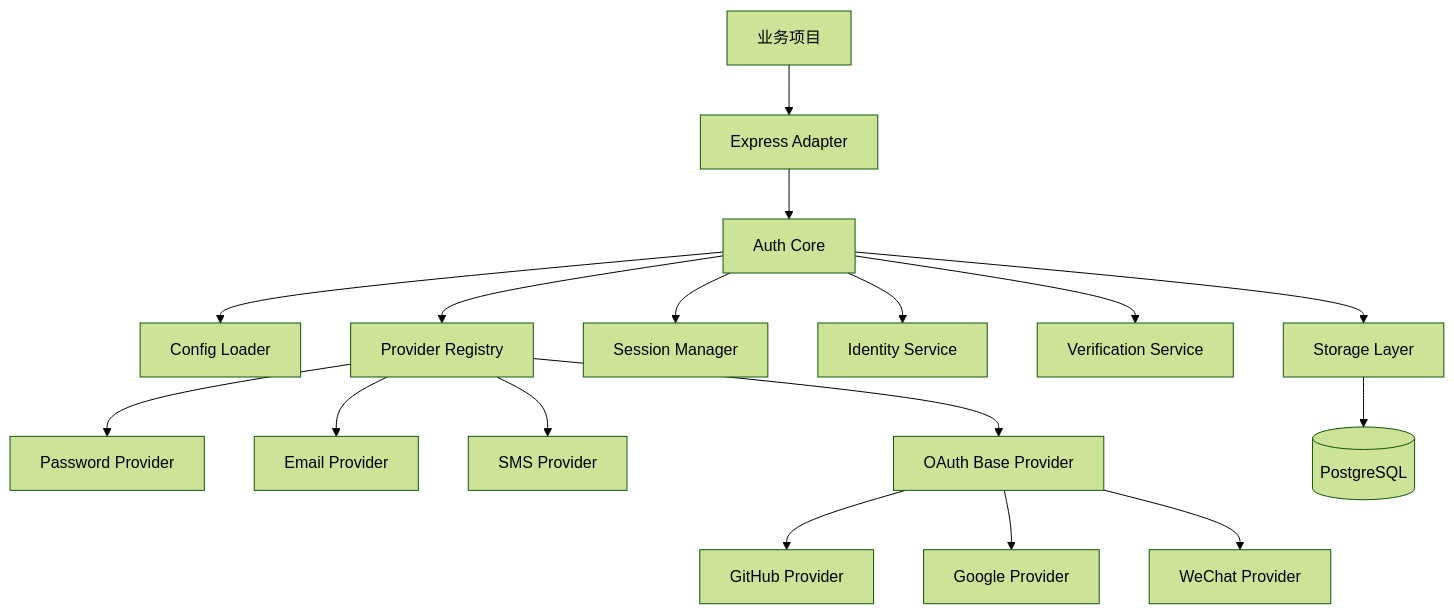
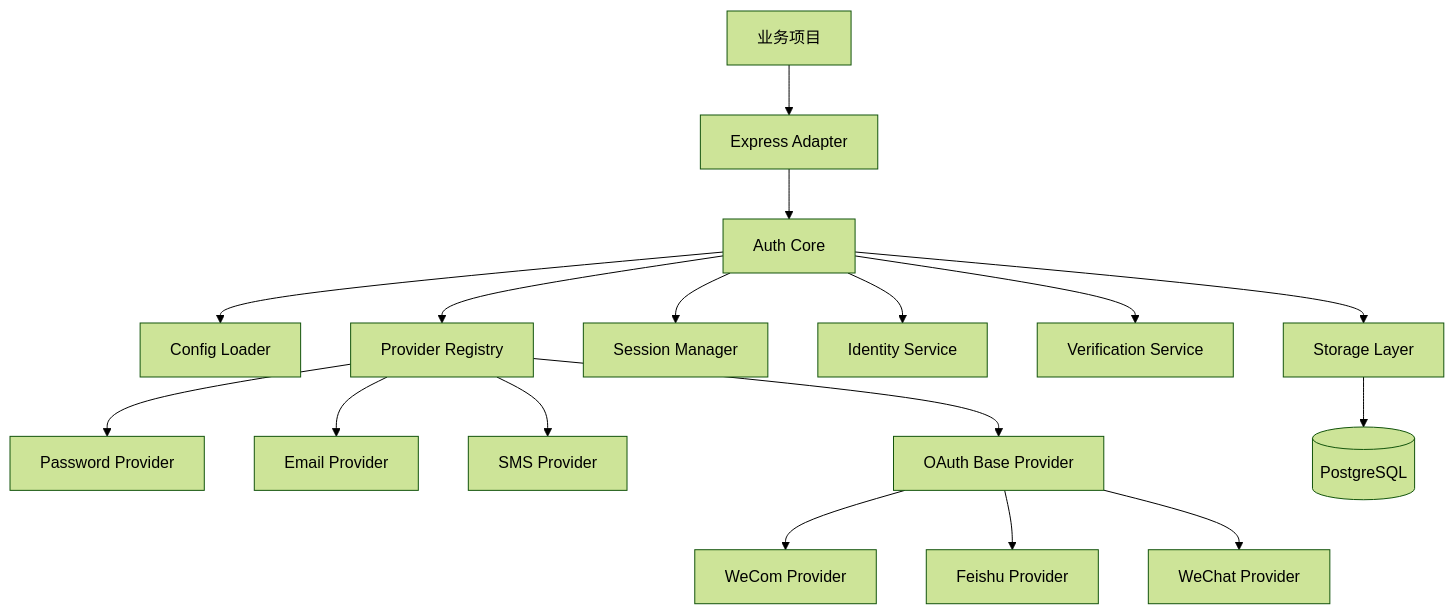
One commit to darkvoice1/omni-login-kit changed the diagram in docs/stage-1-design.md. Above: the diagram before and after it, drawn with Mermaid (forest theme). The commit also changed other lines of this file and 11 other files, not shown here.

First line of the commit message:
﻿feat(方向调整): 移除 GitHub/Google 并替换为企业微信与飞书入口

````diff
--- a/docs/stage-1-design.md
+++ b/docs/stage-1-design.md
@@ -68,19 +68,19 @@
 ```mermaid
 flowchart TD
     A[业务项目] --> B[Express Adapter]
     B --> C[Auth Core]
     C --> D[Config Loader]
     C --> E[Provider Registry]
     C --> F[Session Manager]
     C --> G[Identity Service]
     C --> H[Verification Service]
     C --> I[Storage Layer]
     E --> J[Password Provider]
     E --> K[Email Provider]
     E --> L[SMS Provider]
     E --> M[OAuth Base Provider]
-    M --> N[GitHub Provider]
-    M --> O[Google Provider]
+    M --> N[WeCom Provider]
+    M --> O[Feishu Provider]
     M --> P[WeChat Provider]
     I --> Q[(PostgreSQL)]
 ```
````
